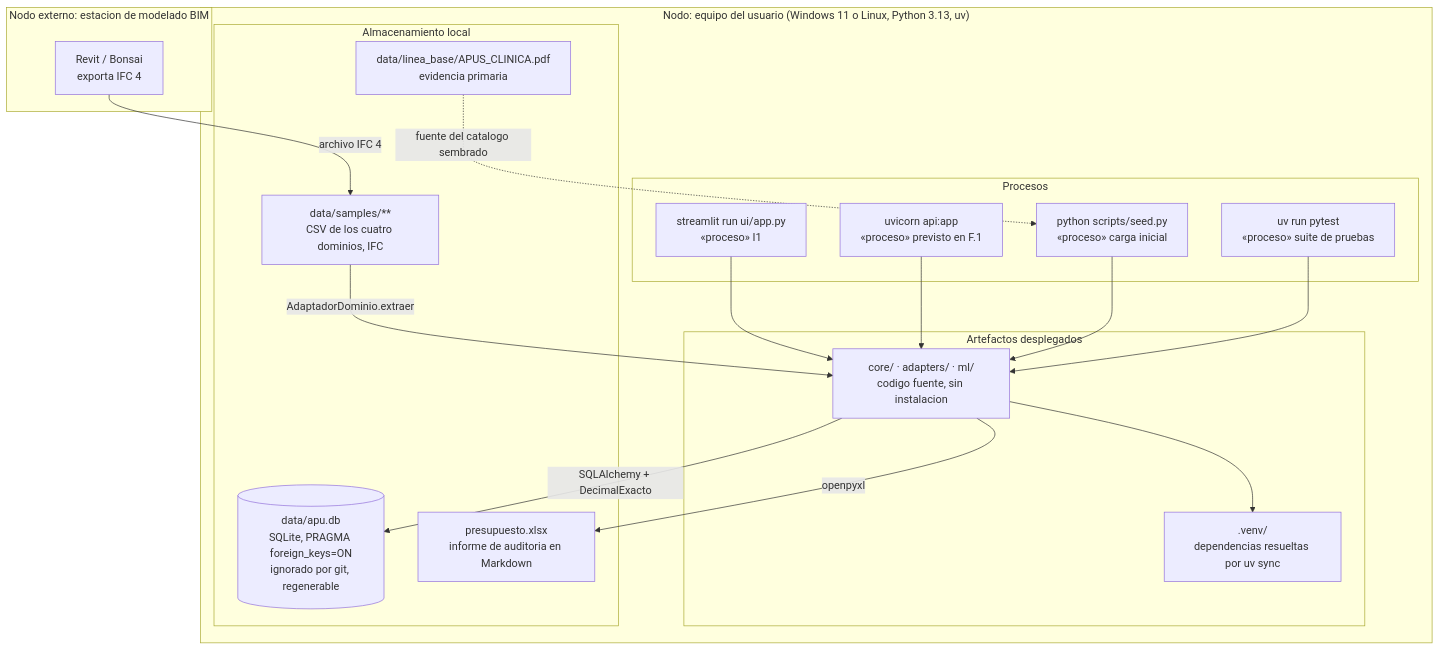
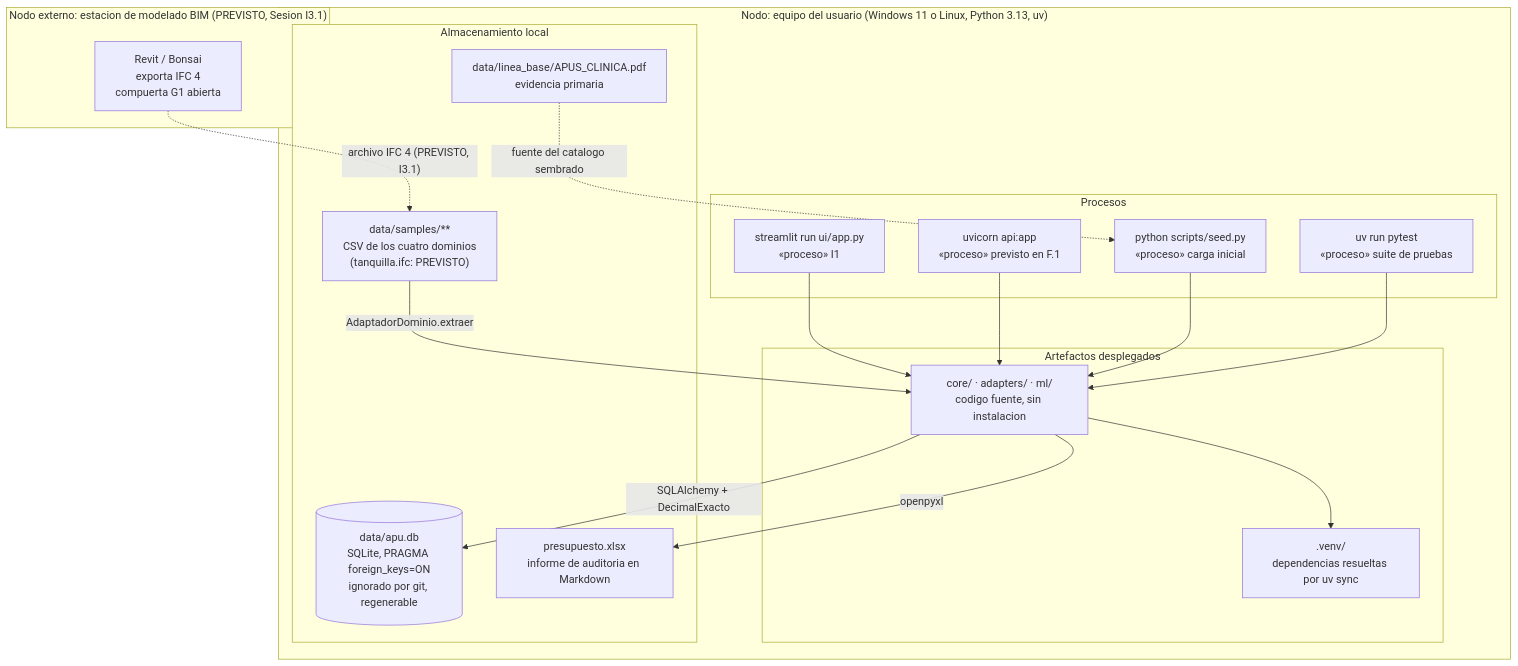
One commit to EugenioRRijo/ARENIA changed the eighth of 8 diagrams in docs/arquitectura.md. Above: the diagram before and after it, drawn with Mermaid. The commit also changed other lines of this file and 14 other files, not shown here.

````diff
--- a/docs/arquitectura.md
+++ b/docs/arquitectura.md
@@ -823,36 +829,36 @@
 ```mermaid
 flowchart TB
-    subgraph modelador["Nodo externo: estacion de modelado BIM"]
-        revit["Revit / Bonsai<br/>exporta IFC 4"]
+    subgraph modelador["Nodo externo: estacion de modelado BIM (PREVISTO, Sesion I3.1)"]
+        revit["Revit / Bonsai<br/>exporta IFC 4<br/>compuerta G1 abierta"]
     end
 
     subgraph equipo["Nodo: equipo del usuario (Windows 11 o Linux, Python 3.13, uv)"]
         subgraph procesos["Procesos"]
             streamlit["streamlit run ui/app.py<br/>«proceso» I1"]
             seed["python scripts/seed.py<br/>«proceso» carga inicial"]
             pytest["uv run pytest<br/>«proceso» suite de pruebas"]
             fastapi["uvicorn api:app<br/>«proceso» previsto en F.1"]
         end
         subgraph artefactos["Artefactos desplegados"]
             paquetes["core/ · adapters/ · ml/<br/>codigo fuente, sin instalacion"]
             venv[".venv/<br/>dependencias resueltas por uv sync"]
         end
         subgraph datos["Almacenamiento local"]
             db[("data/apu.db<br/>SQLite, PRAGMA foreign_keys=ON<br/>ignorado por git, regenerable")]
-            samples["data/samples/**<br/>CSV de los cuatro dominios, IFC"]
+            samples["data/samples/**<br/>CSV de los cuatro dominios<br/>(tanquilla.ifc: PREVISTO)"]
             base["data/linea_base/APUS_CLINICA.pdf<br/>evidencia primaria"]
             salidas["presupuesto.xlsx<br/>informe de auditoria en Markdown"]
         end
     end
 
-    revit -->|"archivo IFC 4"| samples
+    revit -.->|"archivo IFC 4 (PREVISTO, I3.1)"| samples
     streamlit --> paquetes
     fastapi --> paquetes
     seed --> paquetes
     pytest --> paquetes
     paquetes --> venv
     paquetes -->|"SQLAlchemy + DecimalExacto"| db
     samples -->|"AdaptadorDominio.extraer"| paquetes
     base -.->|"fuente del catalogo sembrado"| seed
     paquetes -->|"openpyxl"| salidas
 ```
````
